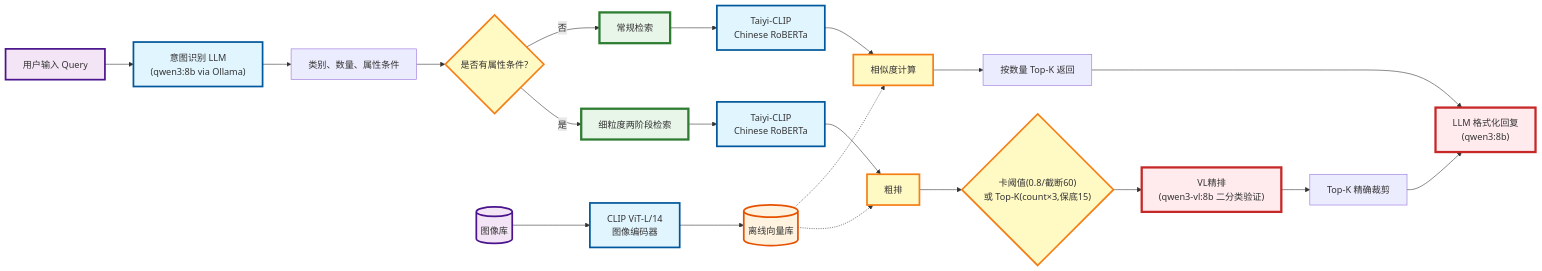
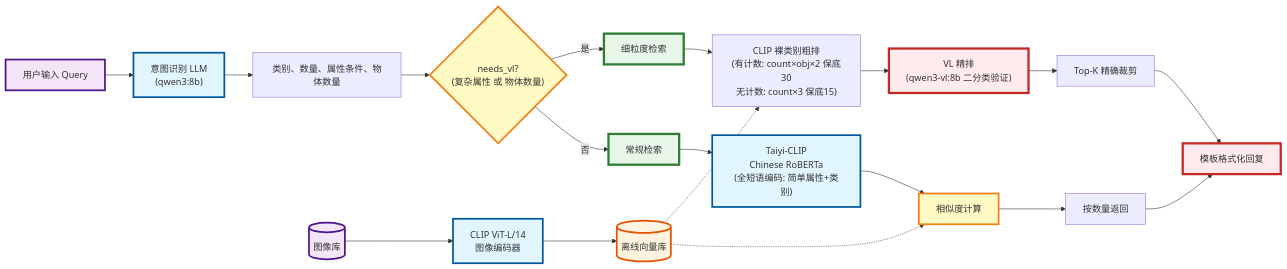
One commit to 214404225-spec/Multi-modal-Image-Retrieval-System changed the diagram in v1.md. Above: the diagram before and after it, drawn with Mermaid. The commit also changed other lines of this file and 15 other files, not shown here.

````diff
--- a/v1.md
+++ b/v1.md
@@ -3,45 +3,43 @@
 ```mermaid
 flowchart LR
     %% 输入 -> LM 提取
-    User["用户输入 Query"] --> Qwen-LM["意图识别 LLM<br/>(qwen3:8b via Ollama)"]
-    Qwen-LM --> LM_output["类别、数量、属性条件"]
-    LM_output --> HasAttr{"是否有属性条件?"}
+    User["用户输入 Query"] --> Qwen-LM["意图识别 LLM<br/>(qwen3:8b)"]
+    Qwen-LM --> LM_output["类别、数量、属性条件、物体数量"]
+    LM_output --> NeedsVL{"needs_vl?<br/>(复杂属性 或 物体数量)"}
 
     %% 图像库 -> 离线向量库
     ImageDB[("图像库")] --> CLIP_Vis_Offline["CLIP ViT-L/14<br/>图像编码器"]
     CLIP_Vis_Offline --> VectorDB[("离线向量库")]
 
-    %% 无属性条件路径（常规检索）
-    HasAttr -->|否| RegularPath["常规检索"]
-    RegularPath --> CLIP_Text["Taiyi-CLIP<br/>Chinese RoBERTa"]
+    %% VL 精排路径（计数 或 复杂属性）
+    NeedsVL -->|是| VLPath["细粒度检索"]
+    VLPath --> CLIP_Coarse["CLIP 裸类别粗排<br/>(有计数: count×obj×2 保底30<br/>无计数: count×3 保底15)"]
+    VectorDB -.-> CLIP_Coarse
+    CLIP_Coarse --> VL_Refine["VL 精排<br/>(qwen3-vl:8b 二分类验证)"]
+    VL_Refine --> TopK_VL["Top-K 精确裁剪"]
+
+    %% CLIP-only 路径（简单属性 或 无属性）
+    NeedsVL -->|否| CLIPOnly["常规检索"]
+    CLIPOnly --> CLIP_Text["Taiyi-CLIP<br/>Chinese RoBERTa<br/>(全短语编码: 简单属性+类别)"]
     CLIP_Text --> SimCalc["相似度计算"]
     VectorDB -.-> SimCalc
-    SimCalc --> TopK1["按数量 Top-K 返回"]
-
-    %% 有属性条件路径（细粒度两阶段检索）
-    HasAttr -->|是| CoarseStage["细粒度两阶段检索"]
-    CoarseStage --> CLIP_Text2["Taiyi-CLIP<br/>Chinese RoBERTa"]
-    CLIP_Text2 --> CoarseRank["粗排"]
-    VectorDB -.-> CoarseRank
-    CoarseRank --> Strategy{"卡阈值(0.8/截断60)<br/>或 Top-K(count×3,保底15)"}
-    Strategy --> VL_Refine["VL精排<br/>(qwen3-vl:8b 二分类验证)"]
-    VL_Refine --> TopK2["Top-K 精确裁剪"]
+    SimCalc --> TopK_Reg["按数量返回"]
 
     %% 回复格式化
-    TopK1 --> FormatReply["LLM 格式化回复<br/>(qwen3:8b)"]
-    TopK2 --> FormatReply
+    TopK_VL --> FormatReply["模板格式化回复"]
+    TopK_Reg --> FormatReply
 
     classDef io fill:#f3e5f5,stroke:#4a148c,stroke-width:3px
     classDef model fill:#e1f5fe,stroke:#01579b,stroke-width:3px
     classDef data fill:#fff3e0,stroke:#e65100,stroke-width:3px
     classDef decision fill:#fff9c4,stroke:#f57f17,stroke-width:3px
     classDef stage fill:#e8f5e9,stroke:#2e7d32,stroke-width:4px
     classDef highlight fill:#ffebee,stroke:#c62828,stroke-width:4px
 
     class User,ImageDB io
-    class Qwen-LM,CLIP_Text,CLIP_Text2,CLIP_Vis_Offline,VL_Refine model
+    class Qwen-LM,CLIP_Text,CLIP_Vis_Offline model
     class VectorDB data
-    class HasAttr,Strategy,SimCalc,CoarseRank decision
-    class RegularPath,CoarseStage stage
+    class NeedsVL,SimCalc decision
+    class VLPath,CLIPOnly stage
     class VL_Refine,FormatReply highlight
 ```
````
